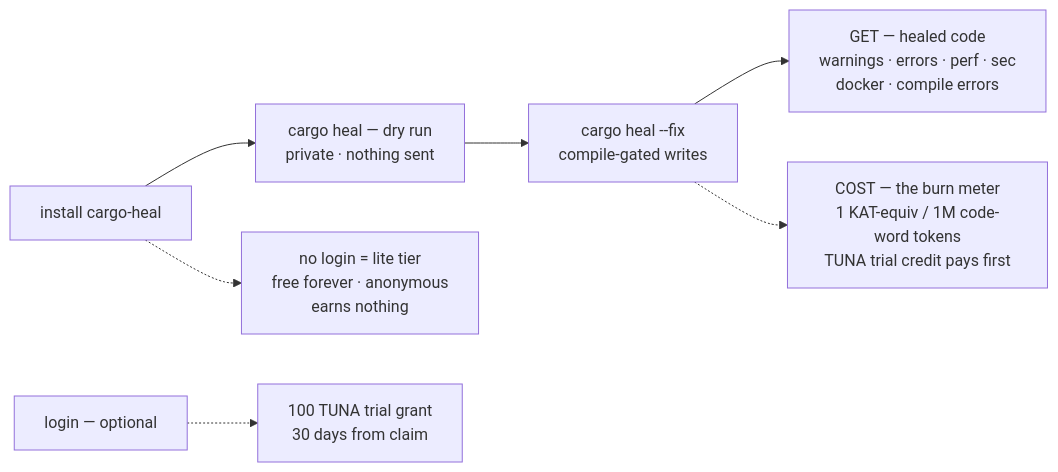
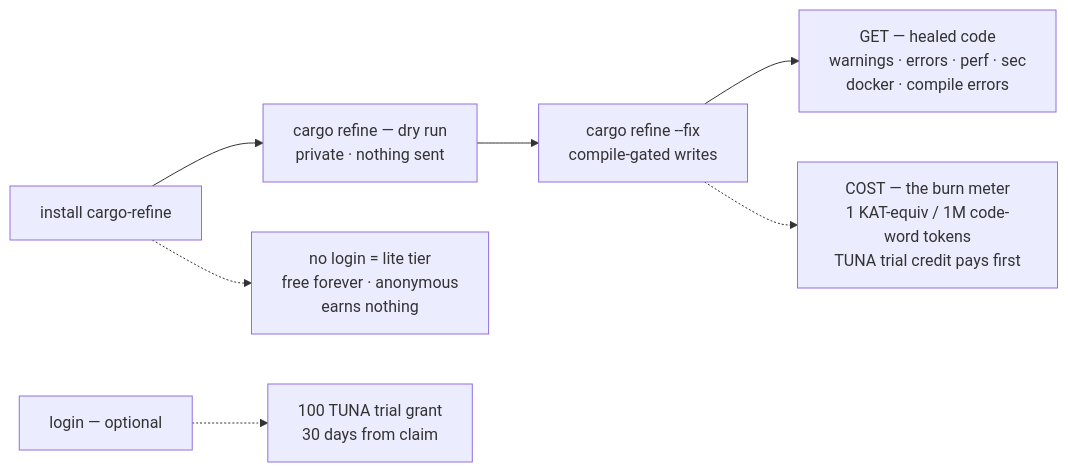
One commit to riir-ai/riir-refine changed the first of 4 diagrams in .docs/01_orientation/role_flows.md. Above: the diagram before and after it, drawn with Mermaid. The commit also changed other lines of this file and 37 other files, not shown here.

Commit message:
docs: the refine rename records — plan 192, proposal 018 status, HISTORY entry + the living-docs sweep (AGENTS/README/.docs/skills/.distill now say cargo refine)

````diff
--- a/.docs/01_orientation/role_flows.md
+++ b/.docs/01_orientation/role_flows.md
@@ -26,9 +26,9 @@
 ```mermaid
 flowchart LR
-    INST["install cargo-heal"] --> DRY["cargo heal — dry run<br/>private · nothing sent"]
-    DRY --> FIX["cargo heal --fix<br/>compile-gated writes"]
+    INST["install cargo-refine"] --> DRY["cargo refine — dry run<br/>private · nothing sent"]
+    DRY --> FIX["cargo refine --fix<br/>compile-gated writes"]
     FIX --> GET["GET — healed code<br/>warnings · errors · perf · sec<br/>docker · compile errors"]
     FIX -.-> COST["COST — the burn meter<br/>1 KAT-equiv / 1M code-word tokens<br/>TUNA trial credit pays first"]
     INST -.-> LITE["no login = lite tier<br/>free forever · anonymous<br/>earns nothing"]
     LOGIN["login — optional"] -.-> GRANT["100 TUNA trial grant<br/>30 days from claim"]
 ```
````
